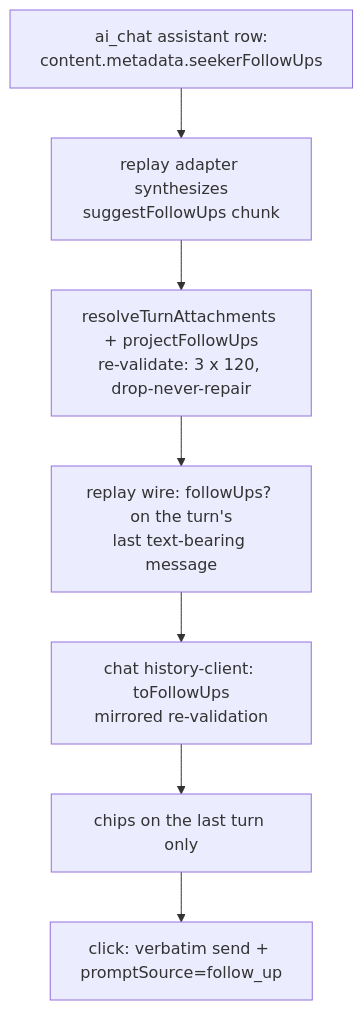
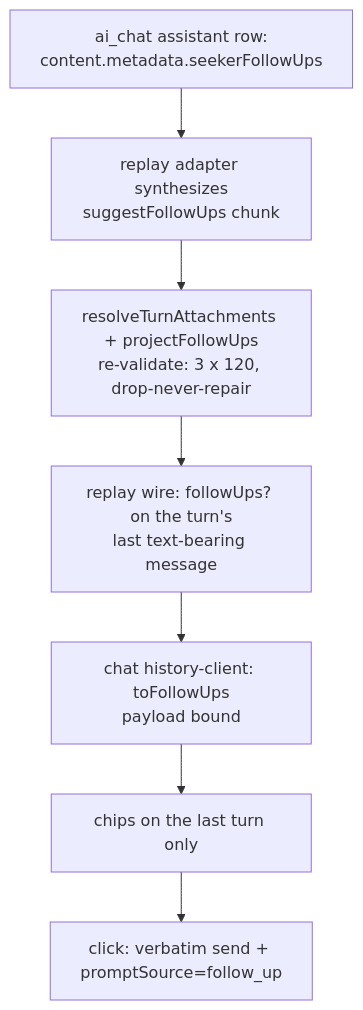
One commit to JesusFilm/forge changed the second of 2 diagrams in docs/plans/2026-08-18-0406-feat-seeker-follow-up-questions-plan.md. Above: the diagram before and after it, drawn with Mermaid. The commit also changed other lines of this file and 24 other files, not shown here.

````diff
--- a/docs/plans/2026-08-18-0406-feat-seeker-follow-up-questions-plan.md
+++ b/docs/plans/2026-08-18-0406-feat-seeker-follow-up-questions-plan.md
@@ -153,9 +154,9 @@
 ```mermaid
 flowchart TB
   A["ai_chat assistant row:<br/>content.metadata.seekerFollowUps"] --> B["replay adapter synthesizes<br/>suggestFollowUps chunk"]
   B --> C["resolveTurnAttachments + projectFollowUps<br/>re-validate: 3 x 120, drop-never-repair"]
   C --> D["replay wire: followUps? on the turn's<br/>last text-bearing message"]
-  D --> E["chat history-client: toFollowUps<br/>mirrored re-validation"]
+  D --> E["chat history-client: toFollowUps<br/>payload bound"]
   E --> F["chips on the last turn only"]
   F --> G["click: verbatim send + promptSource=follow_up"]
 ```
````
